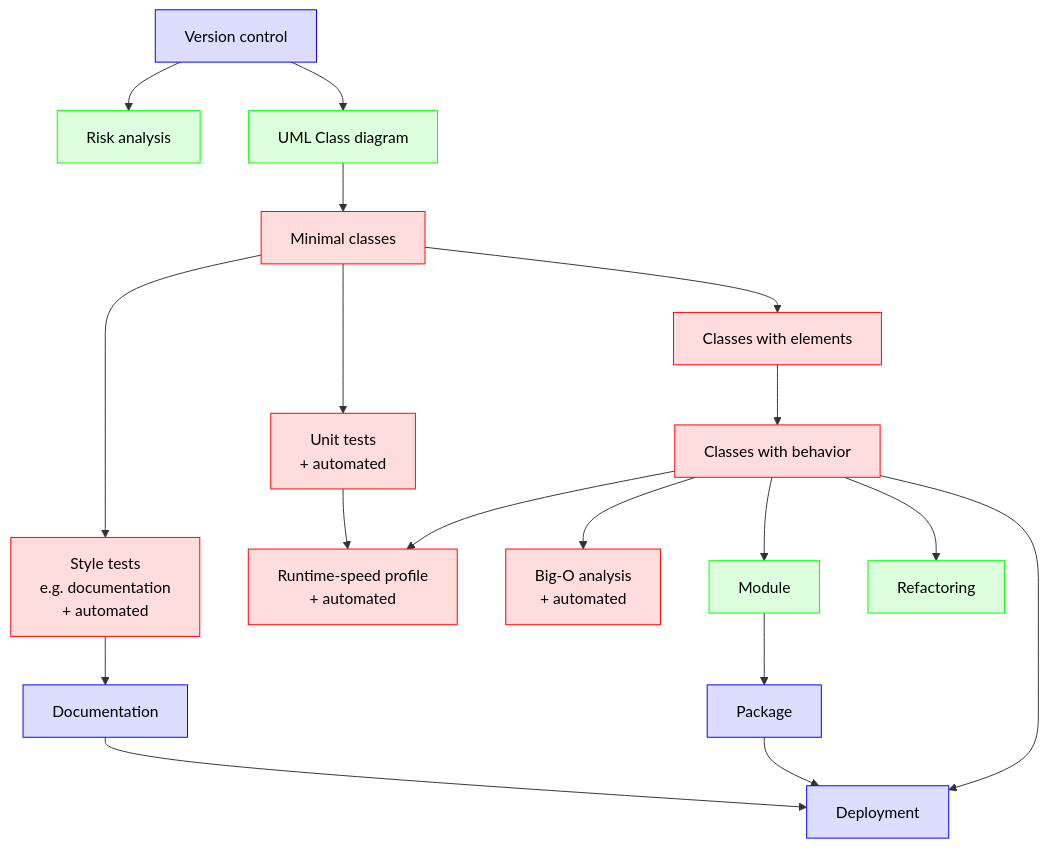
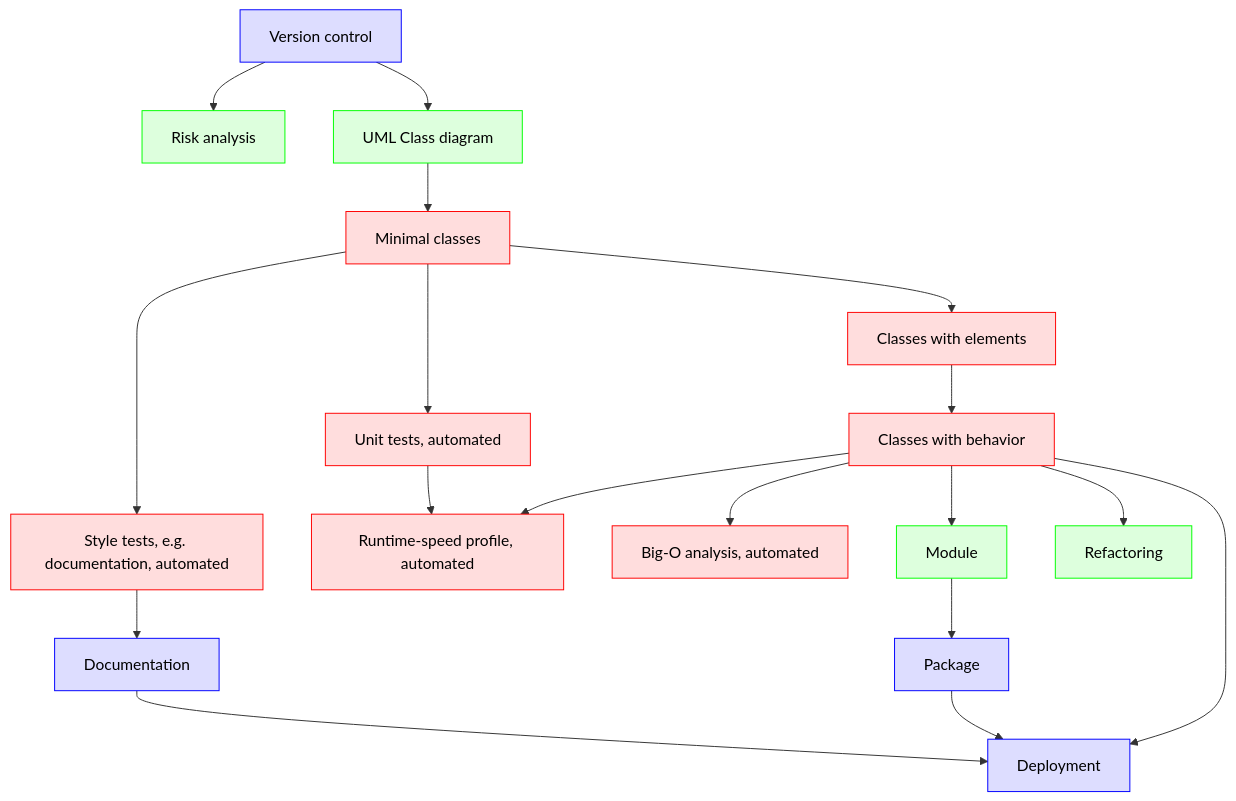
The third of 3 diagrams in docs/intro.md (UPPMAX/programming_formalisms), drawn with Mermaid before and after one commit. The commit also changed 4 other files, not shown here.

````diff
--- a/docs/intro.md
+++ b/docs/intro.md
@@ -231,40 +231,40 @@
 ```mermaid
 flowchart TB
   classDef bjorn_node fill:#ddf,color:#000,stroke:#00f
   classDef lars_node fill:#dfd,color:#000,stroke:#0f0
   classDef richel_node fill:#fdd,color:#000,stroke:#f00
 
   version_control[Version control]:::bjorn_node
   risk_analyis[Risk analysis]:::lars_node
   uml_class_diagram[UML Class diagram]:::lars_node
   minimal_classes[Minimal classes]:::richel_node
-  unit_tests[Unit tests\n+ automated]:::richel_node
-  style_tests[Style tests\ne.g. documentation\n+ automated]:::richel_node
+  unit_tests[Unit tests, automated]:::richel_node
+  style_tests[Style tests, e.g. documentation, automated]:::richel_node
   classes_with_elements[Classes with elements]:::richel_node
   classes_with_behavior[Classes with behavior]:::richel_node
-  runtime_speed_profile[Runtime-speed profile\n+ automated]:::richel_node
-  big_o[Big-O analysis\n+ automated]:::richel_node
+  runtime_speed_profile[Runtime-speed profile, automated]:::richel_node
+  big_o[Big-O analysis, automated]:::richel_node
   package[Package]:::bjorn_node
   module[Module]:::lars_node
   refactoring[Refactoring]:::lars_node
   documentation[Documentation]:::bjorn_node
   deployment[Deployment]:::bjorn_node
 
   version_control --> uml_class_diagram
   version_control --> risk_analyis
   uml_class_diagram --> minimal_classes
   minimal_classes --> classes_with_elements
   minimal_classes --> unit_tests
   minimal_classes --> style_tests
   classes_with_elements --> classes_with_behavior
   classes_with_behavior --> module
   classes_with_behavior --> big_o
   classes_with_behavior --> runtime_speed_profile
   classes_with_behavior --> deployment
   classes_with_behavior --> refactoring
   style_tests --> documentation
   unit_tests --> runtime_speed_profile
   module --> package
   package --> deployment
   documentation --> deployment
 ```
````
